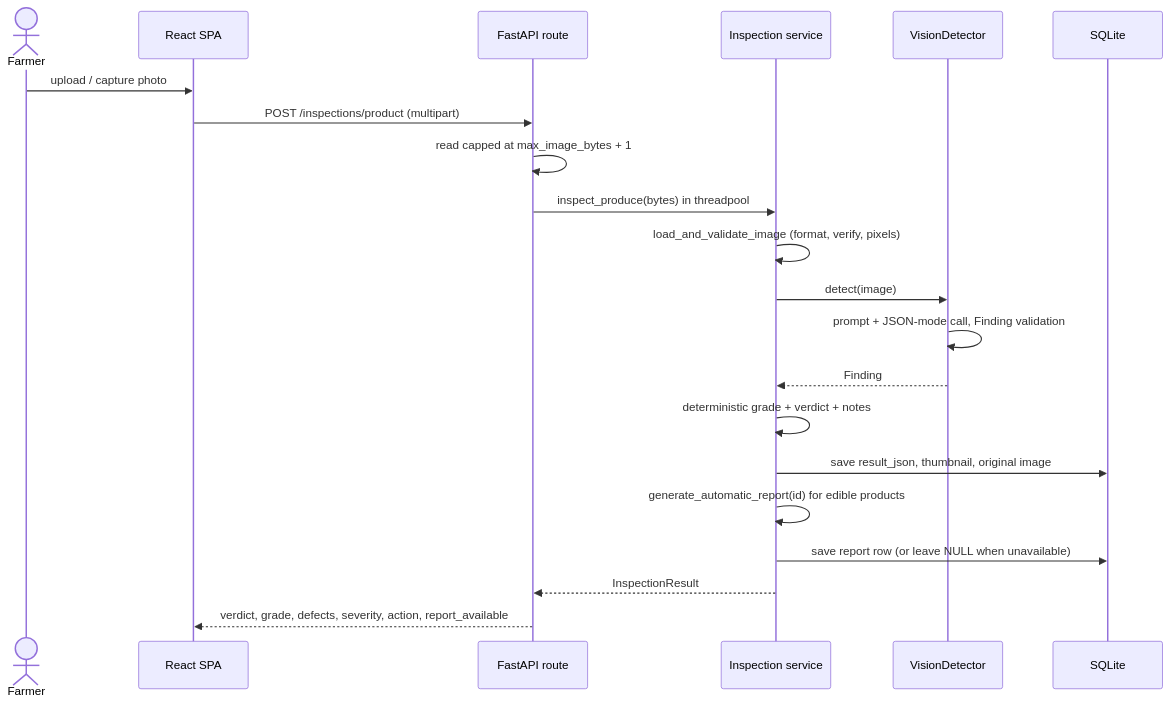
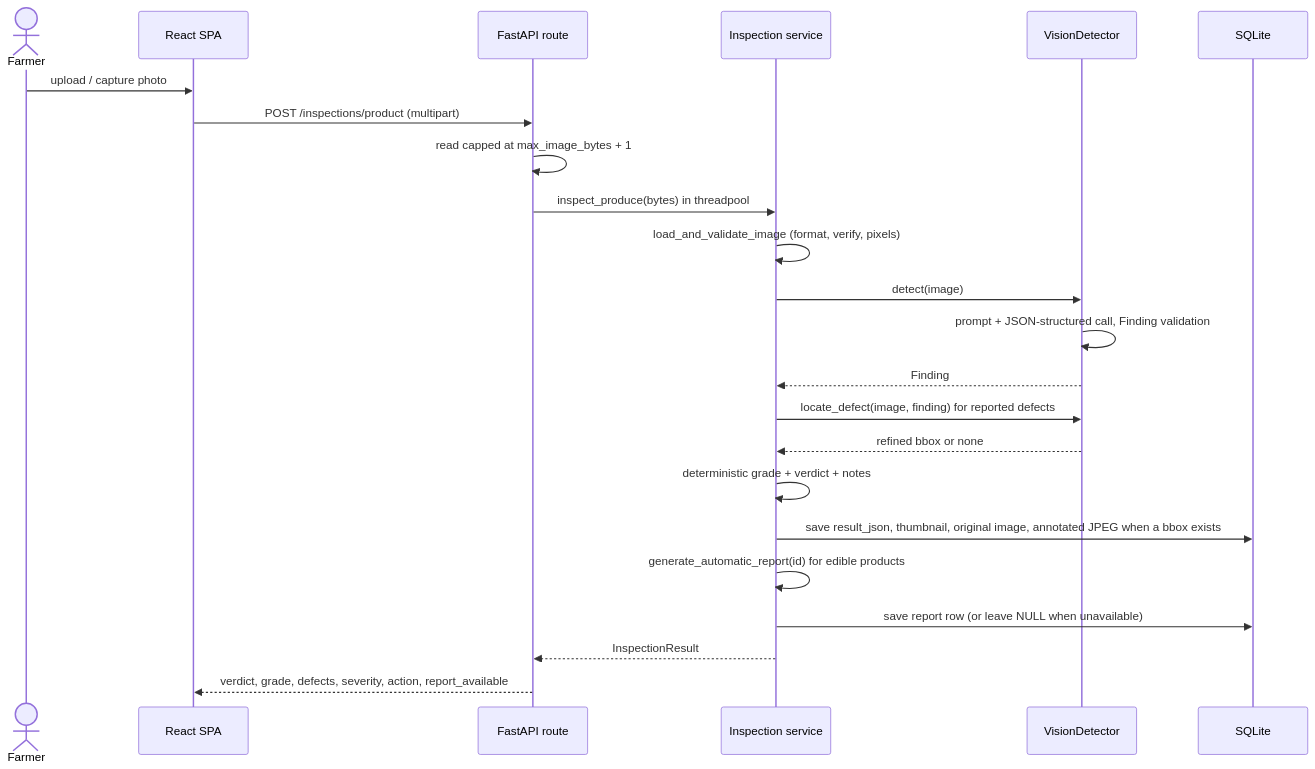
Before and after one commit to HamzaShafiq44/FieldMark: the second of 4 diagrams in ARCHITECTURE.md, drawn with Mermaid. The commit also changed other lines of this file and 3 other files, not shown here.

````diff
--- a/ARCHITECTURE.md
+++ b/ARCHITECTURE.md
@@ -201,23 +203,25 @@
 ```mermaid
 sequenceDiagram
     actor F as Farmer
     participant UI as React SPA
     participant API as FastAPI route
     participant S as Inspection service
     participant D as VisionDetector
     participant DB as SQLite
     F->>UI: upload / capture photo
     UI->>API: POST /inspections/product (multipart)
     API->>API: read capped at max_image_bytes + 1
     API->>S: inspect_produce(bytes) in threadpool
     S->>S: load_and_validate_image (format, verify, pixels)
     S->>D: detect(image)
-    D->>D: prompt + JSON-mode call, Finding validation
+    D->>D: prompt + JSON-structured call, Finding validation
     D-->>S: Finding
+    S->>D: locate_defect(image, finding) for reported defects
+    D-->>S: refined bbox or none
     S->>S: deterministic grade + verdict + notes
-    S->>DB: save result_json, thumbnail, original image
+    S->>DB: save result_json, thumbnail, original image, annotated JPEG when a bbox exists
     S->>S: generate_automatic_report(id) for edible products
     S->>DB: save report row (or leave NULL when unavailable)
     S-->>API: InspectionResult
     API-->>UI: verdict, grade, defects, severity, action, report_available
 ```
````
